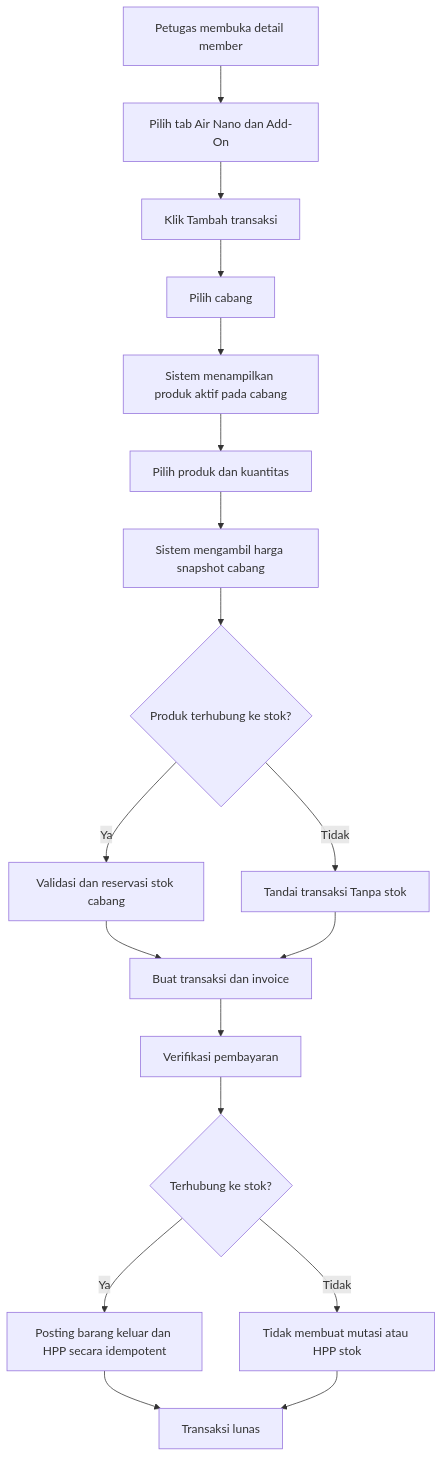
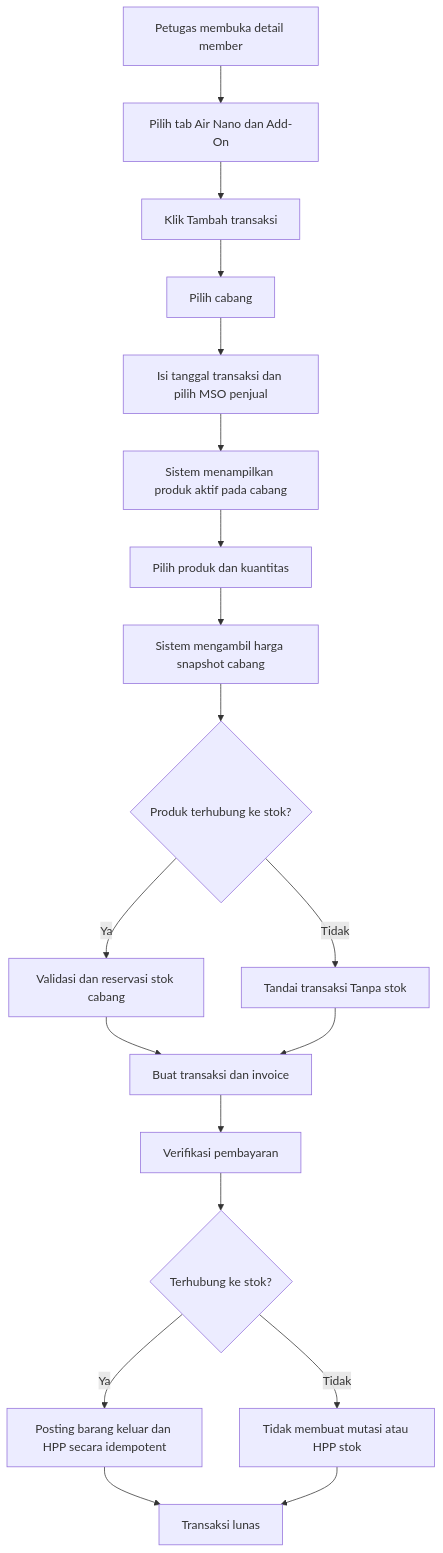
The fourth of 4 diagrams in docs/REQUIREMENT_FLOW_INSENTIF_CHS_DAN_AIR_NANO_ADD_ON.md (TatangSteam/RAHO_APPS), drawn with Mermaid before and after one commit. The commit also changed other lines of this file and 20 other files, not shown here.

````diff
--- a/docs/REQUIREMENT_FLOW_INSENTIF_CHS_DAN_AIR_NANO_ADD_ON.md
+++ b/docs/REQUIREMENT_FLOW_INSENTIF_CHS_DAN_AIR_NANO_ADD_ON.md
@@ -497,20 +497,21 @@
 ```mermaid
 flowchart TD
     A[Petugas membuka detail member] --> B[Pilih tab Air Nano dan Add-On]
     B --> C[Klik Tambah transaksi]
     C --> D[Pilih cabang]
-    D --> E[Sistem menampilkan produk aktif pada cabang]
+    D --> D1[Isi tanggal transaksi dan pilih MSO penjual]
+    D1 --> E[Sistem menampilkan produk aktif pada cabang]
     E --> F[Pilih produk dan kuantitas]
     F --> G[Sistem mengambil harga snapshot cabang]
     G --> H{Produk terhubung ke stok?}
     H -- Ya --> I[Validasi dan reservasi stok cabang]
     H -- Tidak --> J[Tandai transaksi Tanpa stok]
     I --> K[Buat transaksi dan invoice]
     J --> K
     K --> L[Verifikasi pembayaran]
     L --> M{Terhubung ke stok?}
     M -- Ya --> N[Posting barang keluar dan HPP secara idempotent]
     M -- Tidak --> O[Tidak membuat mutasi atau HPP stok]
     N --> P[Transaksi lunas]
     O --> P
 ```
````
